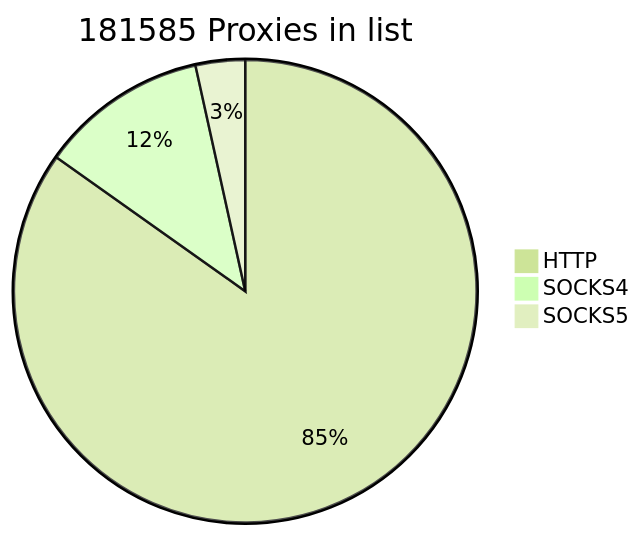
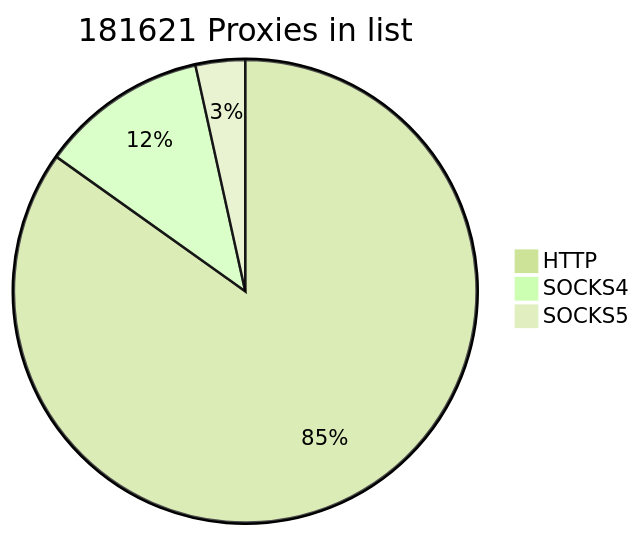
The first of 2 diagrams in README.md (cutipu/proxylist), drawn with Mermaid (forest theme) before and after one commit. The commit also changed other lines of this file, not shown here.

````diff
--- a/README.md
+++ b/README.md
@@ -2,7 +2,7 @@
 ```mermaid
-pie title 181585 Proxies in list
-    "HTTP" : 154024
-    "SOCKS4" : 21286
+pie title 181621 Proxies in list
+    "HTTP" : 154103
+    "SOCKS4" : 21243
     "SOCKS5" : 6275
             
 ```
````
